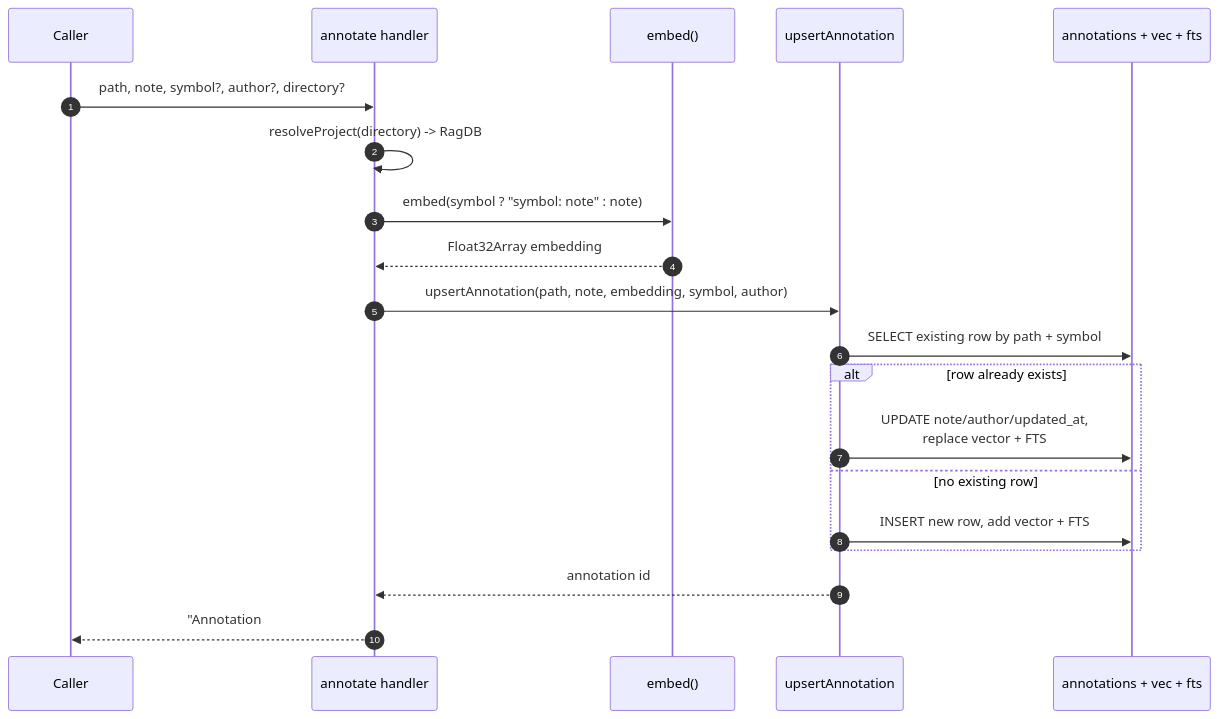
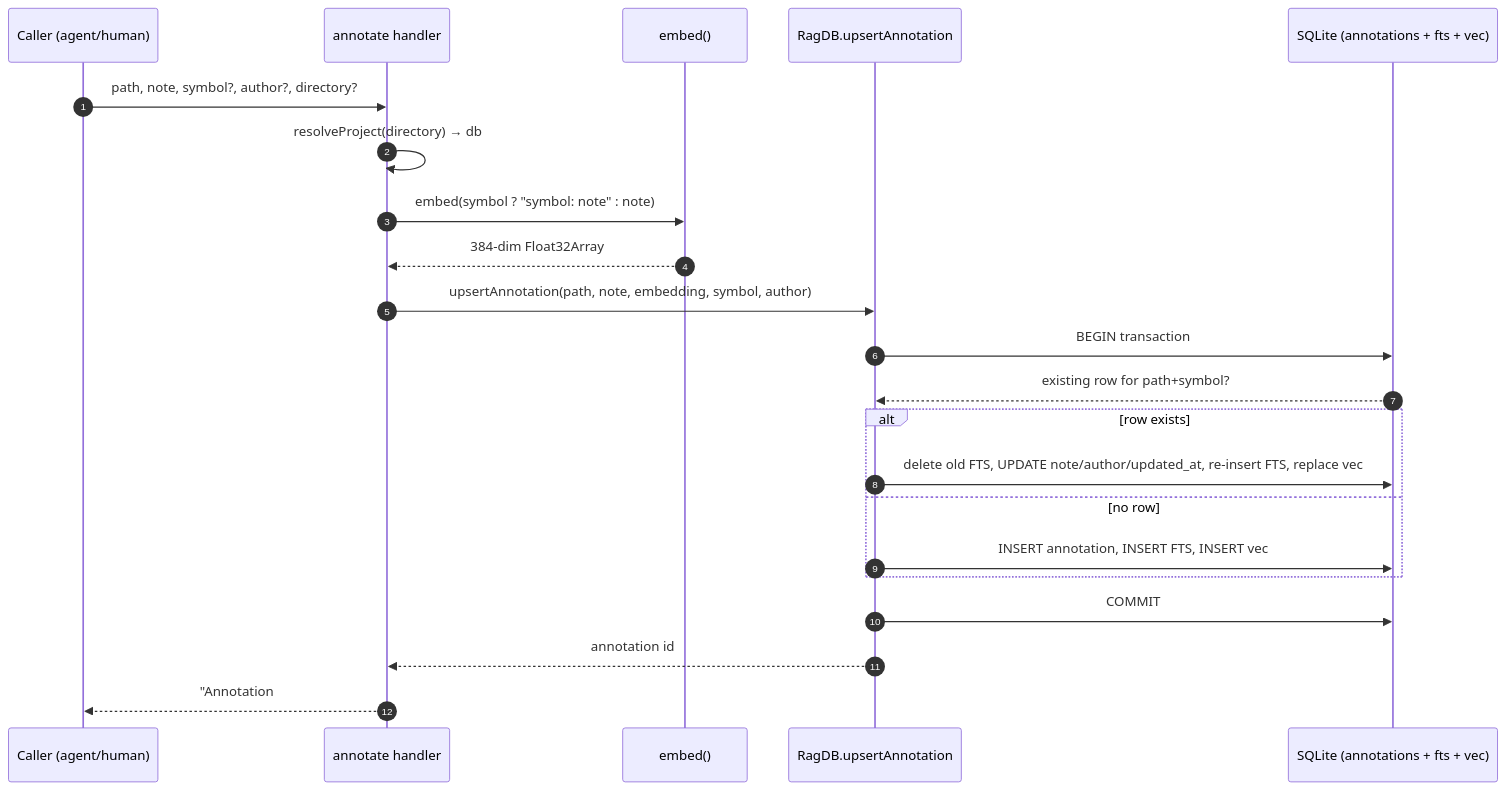
Before and after one commit to TheWinci/mimirs: the diagram in wiki/tools/annotate.md, drawn with Mermaid. The commit also changed other lines of this file and 51 other files, not shown here.

````diff
--- a/wiki/tools/annotate.md
+++ b/wiki/tools/annotate.md
@@ -11,23 +43,25 @@
 ```mermaid
 sequenceDiagram
-  autonumber
-  participant Caller
-  participant Tool as annotate handler
-  participant Embed as embed()
-  participant DB as upsertAnnotation
-  participant SQLite as annotations + vec + fts
+    autonumber
+    participant Caller as Caller (agent/human)
+    participant Tool as annotate handler
+    participant Embed as embed()
+    participant DB as RagDB.upsertAnnotation
+    participant SQLite as SQLite (annotations + fts + vec)
 
-  Caller->>Tool: path, note, symbol?, author?, directory?
-  Tool->>Tool: resolveProject(directory) -> RagDB
-  Tool->>Embed: embed(symbol ? "symbol: note" : note)
-  Embed-->>Tool: Float32Array embedding
-  Tool->>DB: upsertAnnotation(path, note, embedding, symbol, author)
-  DB->>SQLite: SELECT existing row by path + symbol
-  alt row already exists
-    DB->>SQLite: UPDATE note/author/updated_at,<br>replace vector + FTS
-  else no existing row
-    DB->>SQLite: INSERT new row, add vector + FTS
-  end
-  DB-->>Tool: annotation id
-  Tool-->>Caller: "Annotation #id saved for <target>"
+    Caller->>Tool: path, note, symbol?, author?, directory?
+    Tool->>Tool: resolveProject(directory) → db
+    Tool->>Embed: embed(symbol ? "symbol: note" : note)
+    Embed-->>Tool: 384-dim Float32Array
+    Tool->>DB: upsertAnnotation(path, note, embedding, symbol, author)
+    DB->>SQLite: BEGIN transaction
+    SQLite-->>DB: existing row for path+symbol?
+    alt row exists
+        DB->>SQLite: delete old FTS, UPDATE note/author/updated_at, re-insert FTS, replace vec
+    else no row
+        DB->>SQLite: INSERT annotation, INSERT FTS, INSERT vec
+    end
+    DB->>SQLite: COMMIT
+    DB-->>Tool: annotation id
+    Tool-->>Caller: "Annotation #id saved for target"
 ```
````
